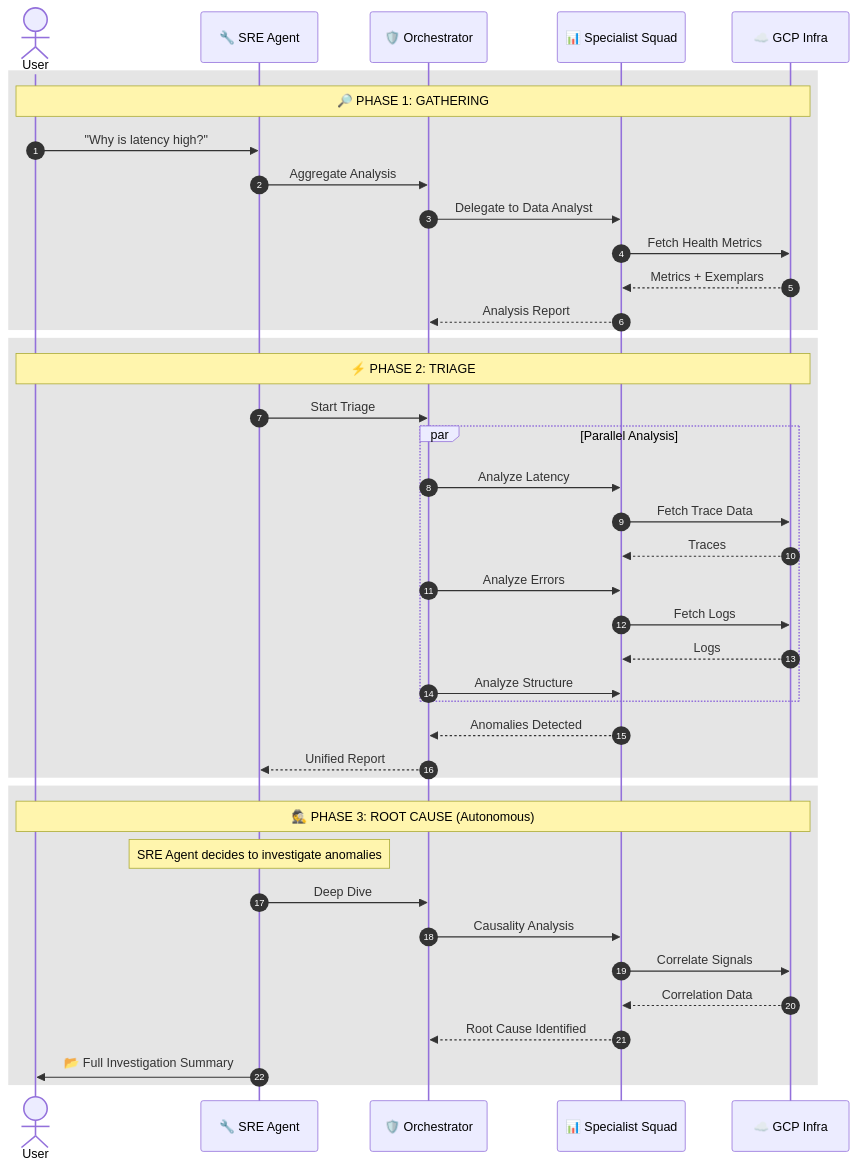
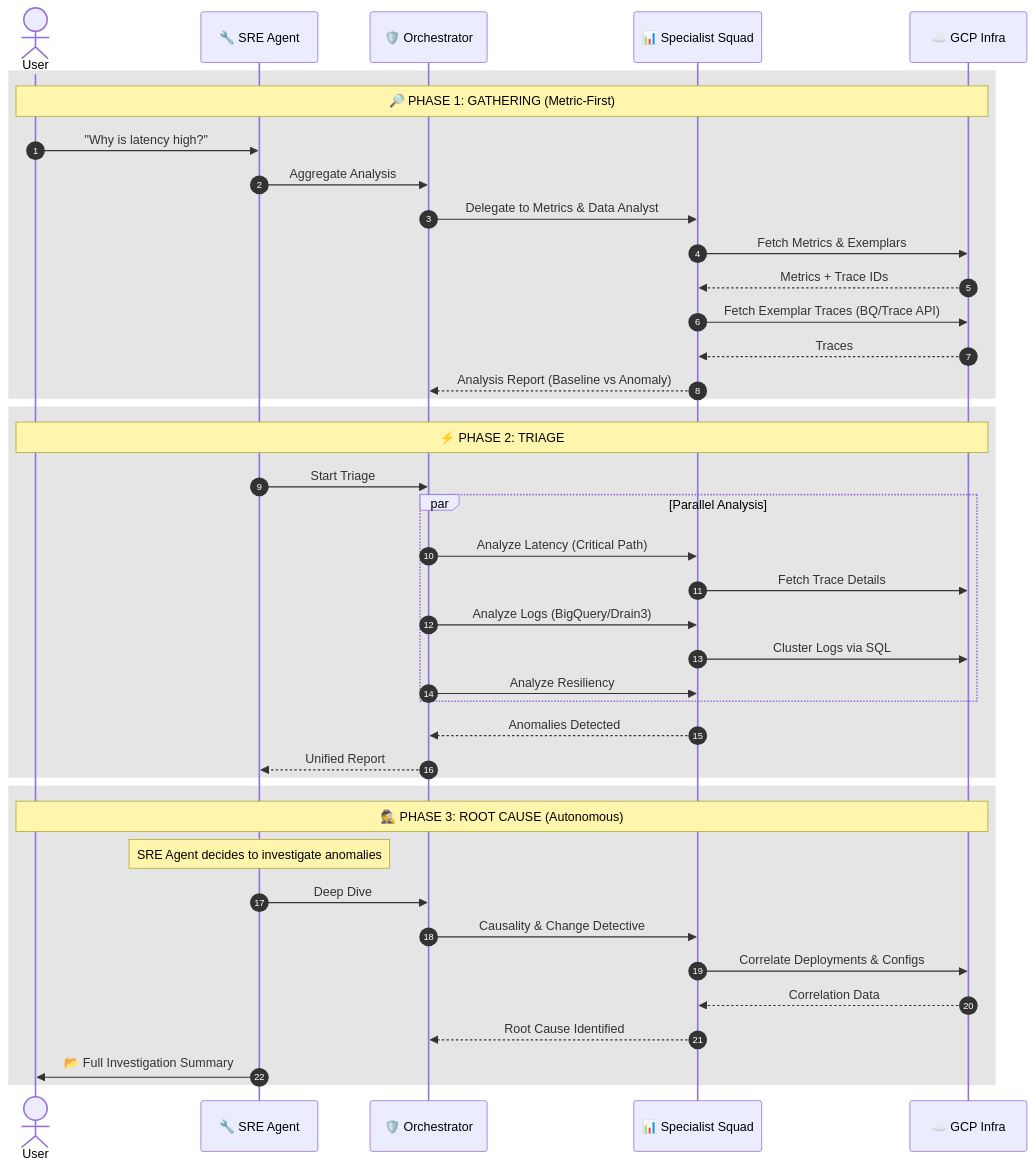
The second of 2 diagrams in README.md (srtux/trace_analyzer), drawn with Mermaid before and after one commit. The commit also changed other lines of this file, not shown here.

Commit message:
docs: finalize architecture and flow diagrams

````diff
--- a/README.md
+++ b/README.md
@@ -150,46 +145,46 @@
 ```mermaid
 sequenceDiagram
     autonumber
     actor User
     participant SRE as 🔧 SRE Agent
     participant Orch as 🛡️ Orchestrator
     participant Squad as 📊 Specialist Squad
     participant Cloud as ☁️ GCP Infra
 
     rect rgba(0, 0, 0, 0.1)
-        Note over User, Cloud: 🔎 PHASE 1: GATHERING
+        Note over User, Cloud: 🔎 PHASE 1: GATHERING (Metric-First)
         User->>SRE: "Why is latency high?"
         SRE->>Orch: Aggregate Analysis
-        Orch->>Squad: Delegate to Data Analyst
-        Squad->>Cloud: Fetch Health Metrics
-        Cloud-->>Squad: Metrics + Exemplars
-        Squad-->>Orch: Analysis Report
+        Orch->>Squad: Delegate to Metrics & Data Analyst
+        Squad->>Cloud: Fetch Metrics & Exemplars
+        Cloud-->>Squad: Metrics + Trace IDs
+        Squad->>Cloud: Fetch Exemplar Traces (BQ/Trace API)
+        Cloud-->>Squad: Traces
+        Squad-->>Orch: Analysis Report (Baseline vs Anomaly)
     end
 
     rect rgba(0, 0, 0, 0.1)
         Note over User, Cloud: ⚡ PHASE 2: TRIAGE
         SRE->>Orch: Start Triage
         par Parallel Analysis
-            Orch->>Squad: Analyze Latency
-            Squad->>Cloud: Fetch Trace Data
-            Cloud-->>Squad: Traces
-            Orch->>Squad: Analyze Errors
-            Squad->>Cloud: Fetch Logs
-            Cloud-->>Squad: Logs
-            Orch->>Squad: Analyze Structure
+            Orch->>Squad: Analyze Latency (Critical Path)
+            Squad->>Cloud: Fetch Trace Details
+            Orch->>Squad: Analyze Logs (BigQuery/Drain3)
+            Squad->>Cloud: Cluster Logs via SQL
+            Orch->>Squad: Analyze Resiliency
         end
         Squad-->>Orch: Anomalies Detected
         Orch-->>SRE: Unified Report
     end
 
     rect rgba(0, 0, 0, 0.1)
         Note over User, Cloud: 🕵️ PHASE 3: ROOT CAUSE (Autonomous)
         Note over SRE: SRE Agent decides to investigate anomalies
         SRE->>Orch: Deep Dive
-        Orch->>Squad: Causality Analysis
-        Squad->>Cloud: Correlate Signals
+        Orch->>Squad: Causality & Change Detective
+        Squad->>Cloud: Correlate Deployments & Configs
         Cloud-->>Squad: Correlation Data
         Squad-->>Orch: Root Cause Identified
         SRE->>User: 📂 Full Investigation Summary
     end
 ```
````
